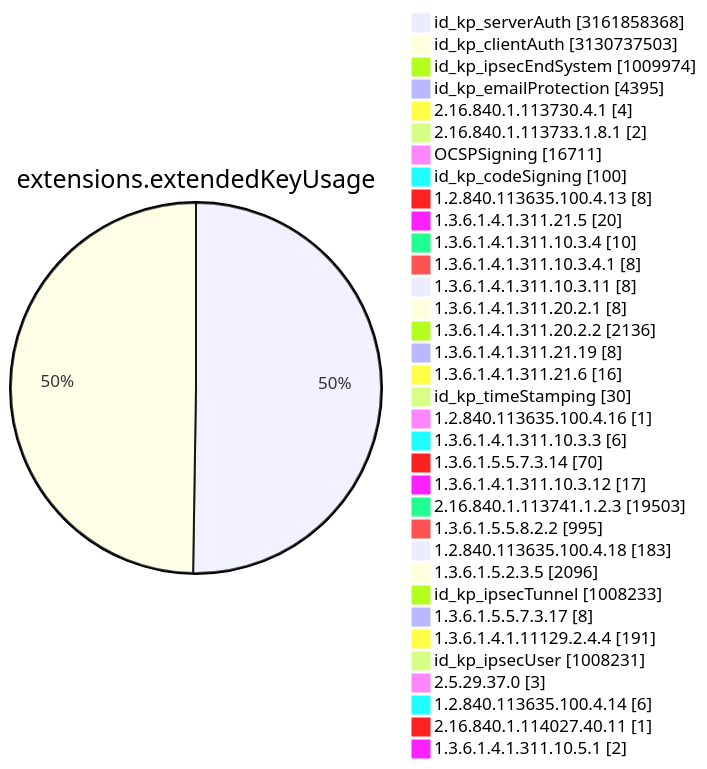
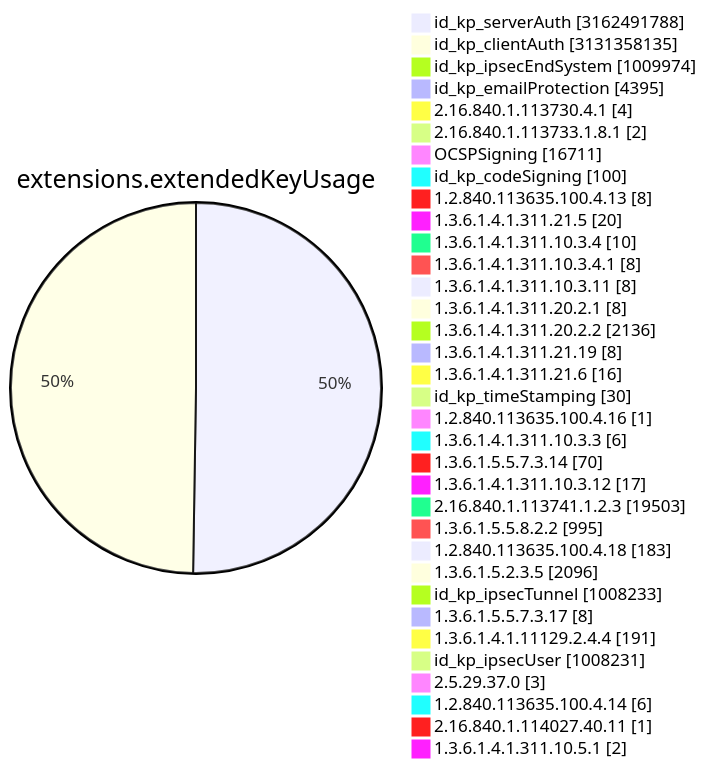
One commit to christiankrug/ctmonitor_visualization changed diagram 11 of 15 in TOTAL/README.md. Above: the diagram before and after it, drawn with Mermaid. The commit also changed other lines of this file, not shown here.

````diff
--- a/TOTAL/README.md
+++ b/TOTAL/README.md
@@ -4119,38 +4119,38 @@
 ```mermaid
 pie showData
 title extensions.extendedKeyUsage
-"id_kp_serverAuth" :3161858368
-"id_kp_clientAuth" :3130737503
+"id_kp_serverAuth" :3162491788
+"id_kp_clientAuth" :3131358135
 "id_kp_ipsecEndSystem" :1009974
 "id_kp_emailProtection" :4395
 "2.16.840.1.113730.4.1" :4
 "2.16.840.1.113733.1.8.1" :2
 "OCSPSigning" :16711
 "id_kp_codeSigning" :100
 "1.2.840.113635.100.4.13" :8
 "1.3.6.1.4.1.311.21.5" :20
 "1.3.6.1.4.1.311.10.3.4" :10
 "1.3.6.1.4.1.311.10.3.4.1" :8
 "1.3.6.1.4.1.311.10.3.11" :8
 "1.3.6.1.4.1.311.20.2.1" :8
 "1.3.6.1.4.1.311.20.2.2" :2136
 "1.3.6.1.4.1.311.21.19" :8
 "1.3.6.1.4.1.311.21.6" :16
 "id_kp_timeStamping" :30
 "1.2.840.113635.100.4.16" :1
 "1.3.6.1.4.1.311.10.3.3" :6
 "1.3.6.1.5.5.7.3.14" :70
 "1.3.6.1.4.1.311.10.3.12" :17
 "2.16.840.1.113741.1.2.3" :19503
 "1.3.6.1.5.5.8.2.2" :995
 "1.2.840.113635.100.4.18" :183
 "1.3.6.1.5.2.3.5" :2096
 "id_kp_ipsecTunnel" :1008233
 "1.3.6.1.5.5.7.3.17" :8
 "1.3.6.1.4.1.11129.2.4.4" :191
 "id_kp_ipsecUser" :1008231
 "2.5.29.37.0" :3
 "1.2.840.113635.100.4.14" :6
 "2.16.840.1.114027.40.11" :1
 "1.3.6.1.4.1.311.10.5.1" :2
 ```
````
